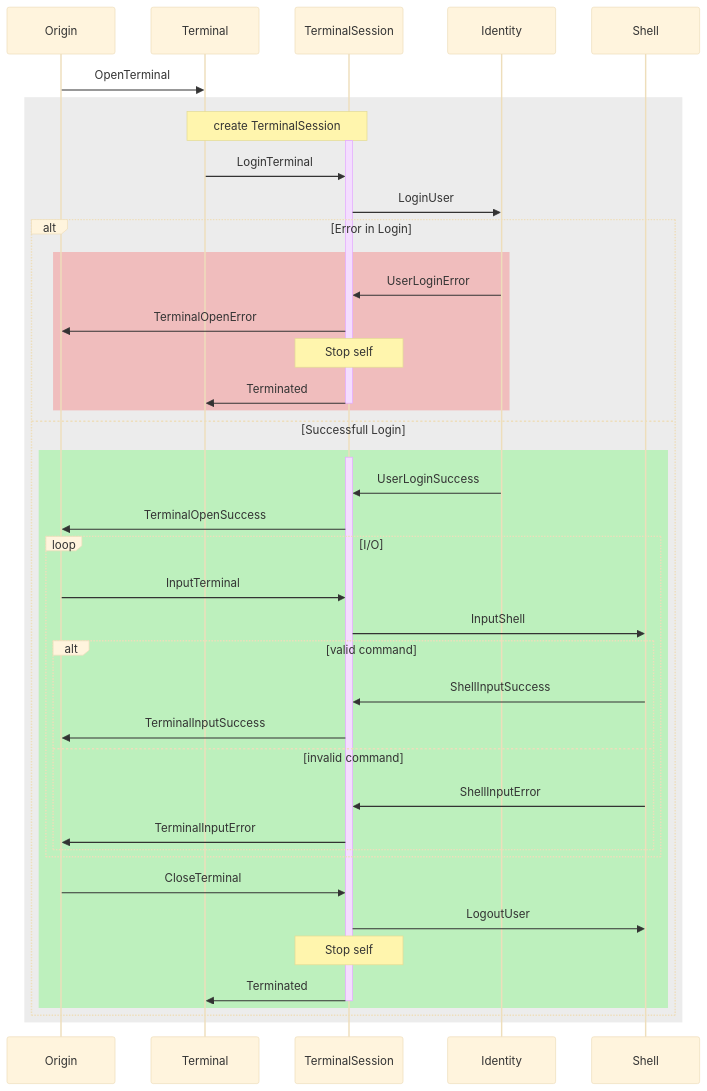
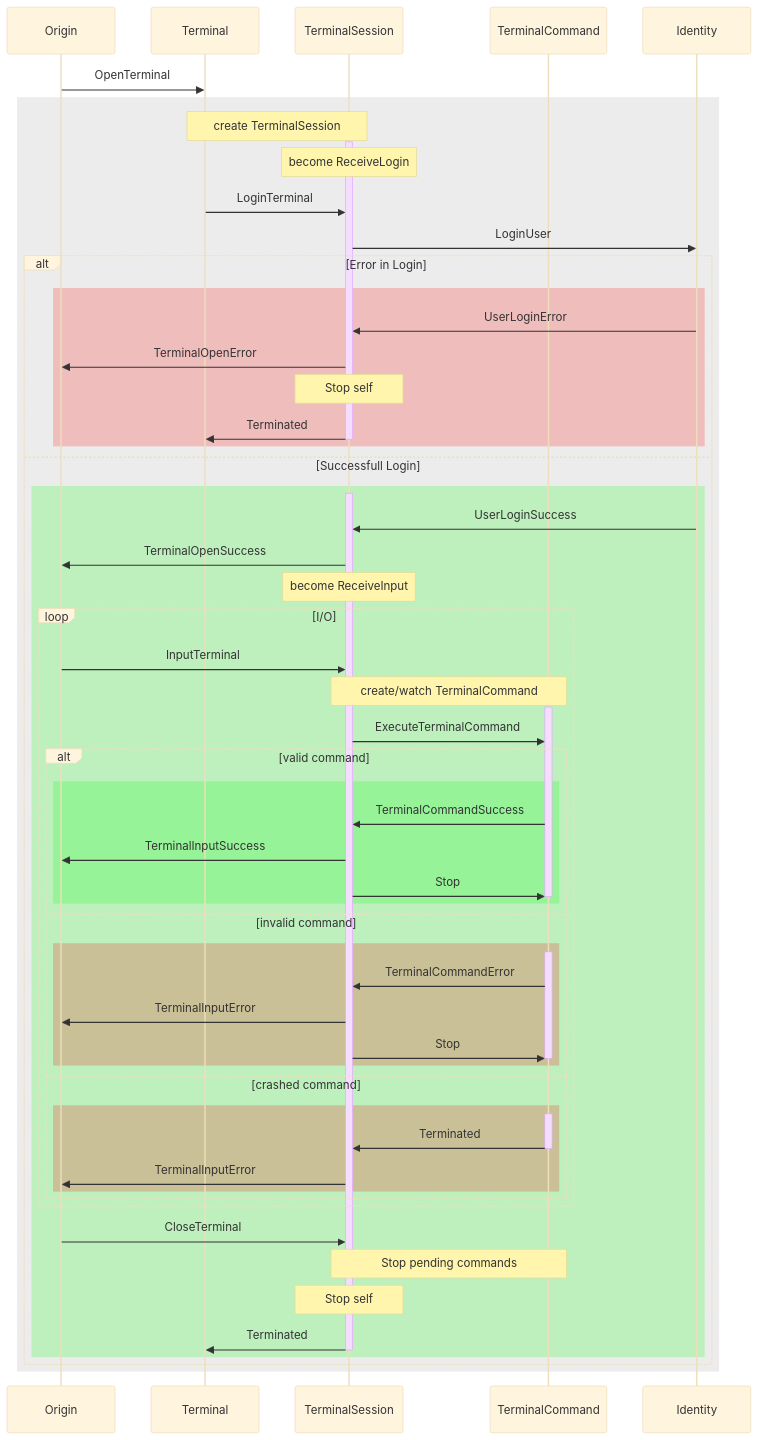
The diagram in src/Actor.GameHub.Terminal.Abstractions/terminal-model.mmd (flensrocker/Actor.GameHub), drawn with Mermaid (base theme) before and after one commit. The commit also changed 2 other files, not shown here.

Commit message:
update diagrams

```diff
--- a/src/Actor.GameHub.Terminal.Abstractions/terminal-model.mmd
+++ b/src/Actor.GameHub.Terminal.Abstractions/terminal-model.mmd
@@ -1,45 +1,65 @@
 sequenceDiagram
   participant o as Origin
   participant t as Terminal
   participant ts as TerminalSession
+  participant tc as TerminalCommand
   participant id as Identity
-  participant sh as Shell
 
   o->>t:OpenTerminal
   rect rgba(160, 160, 160, .2)
     Note over t,ts:create TerminalSession
     activate ts
+    Note over ts:become ReceiveLogin
     t->>ts:LoginTerminal
     ts->>id:LoginUser
     alt Error in Login
       rect rgba(255, 0, 0, .2)
         id->>ts:UserLoginError
         ts->>o:TerminalOpenError
         Note over ts:Stop self
         ts->>t:Terminated
         deactivate ts
       end
     else Successfull Login
       rect rgba(0, 255, 0, .2)
         activate ts
         id->>ts:UserLoginSuccess
         ts->>o:TerminalOpenSuccess
+        Note over ts:become ReceiveInput
         loop I/O
           o->>ts:InputTerminal
-          ts->>sh:InputShell
+          Note over ts,tc:create/watch TerminalCommand
+          activate tc
+          ts->>tc:ExecuteTerminalCommand
           alt valid command
-            sh->>ts:ShellInputSuccess
-            ts->>o:TerminalInputSuccess
+            rect rgba(0, 255, 0, .2)
+              tc->>ts:TerminalCommandSuccess
+              ts->>o:TerminalInputSuccess
+              ts->>tc:Stop
+              deactivate tc
+            end
           else invalid command
-            sh->>ts:ShellInputError
-            ts->>o:TerminalInputError
+            rect rgba(255, 0, 0, .2)
+              activate tc
+              tc->>ts:TerminalCommandError
+              ts->>o:TerminalInputError
+              ts->>tc:Stop
+              deactivate tc
+            end
+          else crashed command
+            rect rgba(255, 0, 0, .2)
+              activate tc
+              tc->>ts:Terminated
+              deactivate tc
+              ts->>o:TerminalInputError
+            end
           end
         end
         o->>ts:CloseTerminal
-        ts->>sh:LogoutUser
+        Note over ts,tc:Stop pending commands
         Note over ts:Stop self
         ts->>t:Terminated
         deactivate ts
       end
     end
   end
```
